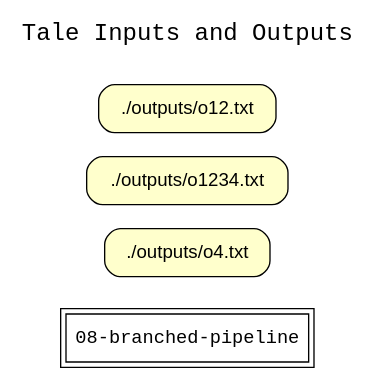
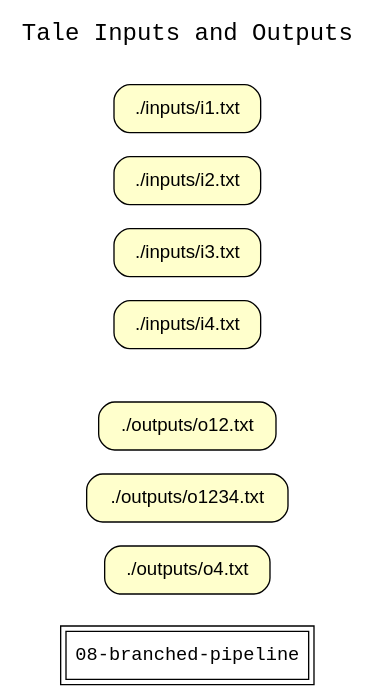
The diagram in examples/05-wt-run-examples/04-retrospective-graphs/outputs/GRAPH-4.gv (CIRSS/geist), drawn with Graphviz before and after one commit. The commit also changed 4 other files, not shown here.

```diff
--- a/examples/05-wt-run-examples/04-retrospective-graphs/outputs/GRAPH-4.gv
+++ b/examples/05-wt-run-examples/04-retrospective-graphs/outputs/GRAPH-4.gv
@@ -1,22 +1,32 @@
 # Run ID: http://wholetale.org/tale2035/version_1021/run_1119#
 digraph wt_run {
 rankdir=LR
 
 # graph title
 fontname=Courier; fontsize=18; labelloc=t
 label="Tale Inputs and Outputs"
 
 # the tale run
 node[shape=box style="filled" fillcolor="#FFFFFF" peripheries=2 fontname=Courier]
 "08-branched-pipeline"
 
 # output files
 subgraph cluster_outputs { label=""; color=white; penwidth=0
 subgraph cluster_outputs_inner { label=""; color=white
 node[shape=box style="rounded,filled" fillcolor="#FFFFCC" peripheries=1 fontname=Helvetica]
 "http://wholetale.org/tale_2035/version_1021/run_1119#data_file_i29" [label="./outputs/o12.txt"]
 "http://wholetale.org/tale_2035/version_1021/run_1119#data_file_i30" [label="./outputs/o1234.txt"]
 "http://wholetale.org/tale_2035/version_1021/run_1119#data_file_i31" [label="./outputs/o4.txt"]
 }}
 
+# input files
+subgraph cluster_inputs { label=""; color=white; penwidth=0
+subgraph cluster_inputs_inner { label=""; color=white
+node[shape=box style="rounded,filled" fillcolor="#FFFFCC" peripheries=1 fontname=Helvetica]
+"http://wholetale.org/tale_2035/version_1021/run_1119#data_file_i23" [label="./inputs/i1.txt"]
+"http://wholetale.org/tale_2035/version_1021/run_1119#data_file_i24" [label="./inputs/i2.txt"]
+"http://wholetale.org/tale_2035/version_1021/run_1119#data_file_i26" [label="./inputs/i3.txt"]
+"http://wholetale.org/tale_2035/version_1021/run_1119#data_file_i28" [label="./inputs/i4.txt"]
+}}
+
 }
```
